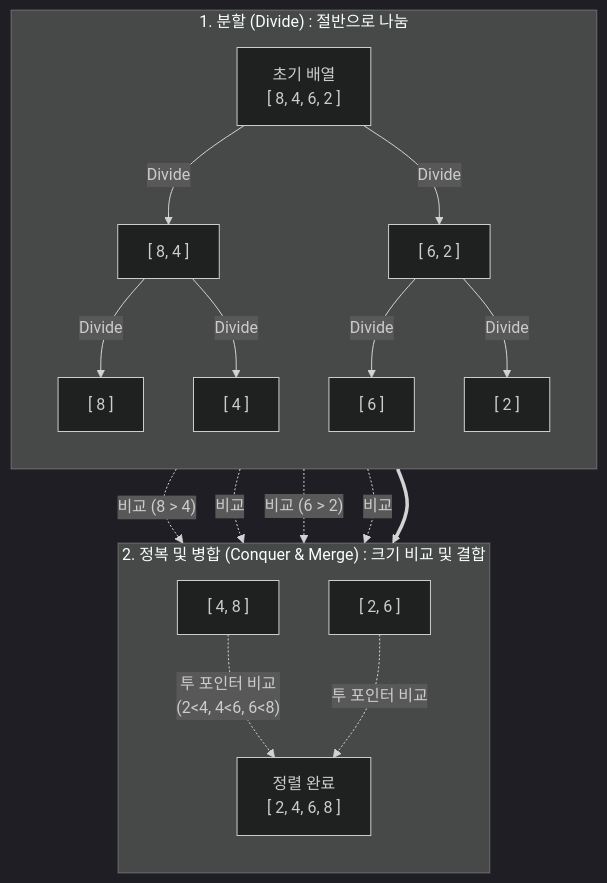
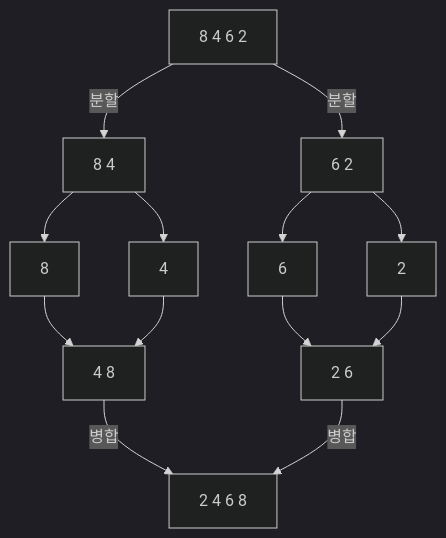
One commit to supremethumb/supremethumb.github.io changed the diagram in content/01_IT Tech/병합 정렬.md. Above: the diagram before and after it, drawn with Mermaid (dark theme). The commit also changed other lines of this file and 1087 other files, not shown here.

````diff
--- a/content/01_IT Tech/병합 정렬.md
+++ b/content/01_IT Tech/병합 정렬.md
@@ -22,24 +34,15 @@
 ```mermaid
 flowchart TB
-    subgraph Divide["1. 분할 (Divide) : 절반으로 나눔"]
-        direction TB
-        A["초기 배열<br/>[ 8, 4, 6, 2 ]"] -->|Divide| B["[ 8, 4 ]"] & C["[ 6, 2 ]"]
-        B -->|Divide| D["[ 8 ]"] & E["[ 4 ]"]
-        C -->|Divide| F["[ 6 ]"] & G["[ 2 ]"]
-    end
-
-    subgraph Conquer_Merge["2. 정복 및 병합 (Conquer & Merge) : 크기 비교 및 결합"]
-        direction TB
-        D -. "비교 (8 > 4)" .-> H["[ 4, 8 ]"]
-        E -. "비교" .-> H
-        
-        F -. "비교 (6 > 2)" .-> I["[ 2, 6 ]"]
-        G -. "비교" .-> I
-        
-        H -. "투 포인터 비교<br/>(2<4, 4<6, 6<8)" .-> J["정렬 완료<br/>[ 2, 4, 6, 8 ]"]
-        I -. "투 포인터 비교" .-> J
-    end
-    
-    Divide ==> Conquer_Merge
-
+    A["8 4 6 2"] -- "분할" --> B["8 4"]
+    A -- "분할" --> C["6 2"]
+    B --> D["8"]
+    B --> E["4"]
+    C --> F["6"]
+    C --> G["2"]
+    D --> H["4 8"]
+    E --> H
+    F --> I["2 6"]
+    G --> I
+    H -- "병합" --> J["2 4 6 8"]
+    I -- "병합" --> J
 ```
````
